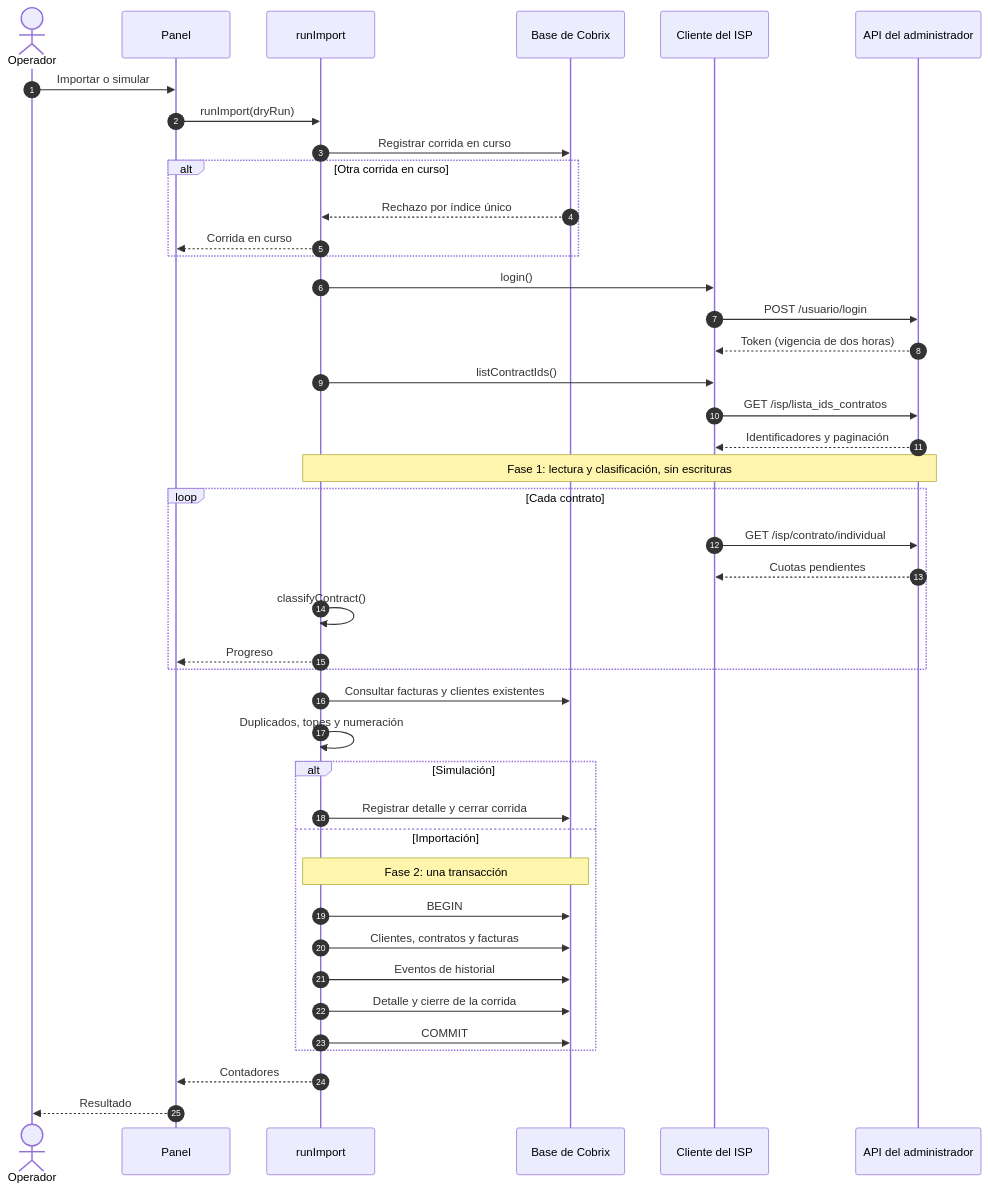
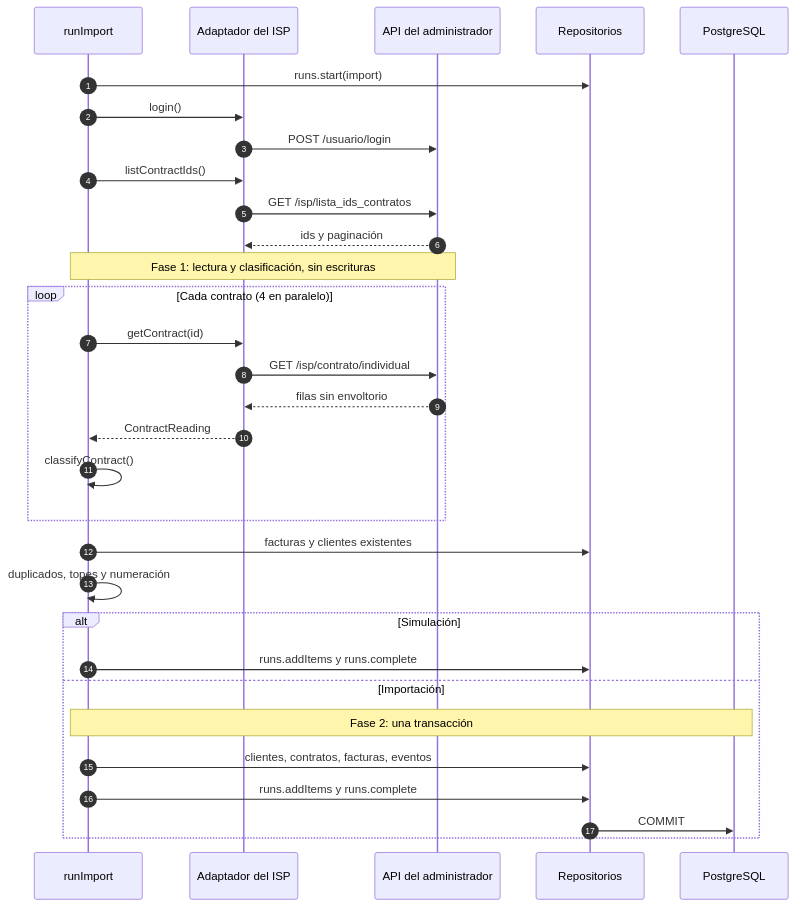
The ninth of 15 diagrams in docs/DISENO.md (robydaniel45san/Cobrix-Api-Prueba-Tecnica-Duran-Roby), drawn with Mermaid before and after one commit. The commit also changed other lines of this file and 1 other file, not shown here.

First line of the commit message:
Documentación en primera persona: arquitectura en capas, contratos de API y registro

````diff
--- a/docs/DISENO.md
+++ b/docs/DISENO.md
@@ -472,45 +641,34 @@
 ```mermaid
 sequenceDiagram
     autonumber
-    actor OP as Operador
-    participant PANEL as Panel
-    participant SYNC as runImport
-    participant DB as Base de Cobrix
-    participant CLI as Cliente del ISP
+    participant UC as runImport
+    participant GW as Adaptador del ISP
     participant ISP as API del administrador
+    participant ST as Repositorios
+    participant DB as PostgreSQL
 
-    OP->>PANEL: Importar o simular
-    PANEL->>SYNC: runImport(dryRun)
-    SYNC->>DB: Registrar corrida en curso
-    alt Otra corrida en curso
-        DB-->>SYNC: Rechazo por índice único
-        SYNC-->>PANEL: Corrida en curso
+    UC->>ST: runs.start(import)
+    UC->>GW: login()
+    GW->>ISP: POST /usuario/login
+    UC->>GW: listContractIds()
+    GW->>ISP: GET /isp/lista_ids_contratos
+    ISP-->>GW: ids y paginación
+    Note over UC,ISP: Fase 1: lectura y clasificación, sin escrituras
+    loop Cada contrato (4 en paralelo)
+        UC->>GW: getContract(id)
+        GW->>ISP: GET /isp/contrato/individual
+        ISP-->>GW: filas sin envoltorio
+        GW-->>UC: ContractReading
+        UC->>UC: classifyContract()
     end
-    SYNC->>CLI: login()
-    CLI->>ISP: POST /usuario/login
-    ISP-->>CLI: Token (vigencia de dos horas)
-    SYNC->>CLI: listContractIds()
-    CLI->>ISP: GET /isp/lista_ids_contratos
-    ISP-->>CLI: Identificadores y paginación
-    Note over SYNC,ISP: Fase 1: lectura y clasificación, sin escrituras
-    loop Cada contrato
-        CLI->>ISP: GET /isp/contrato/individual
-        ISP-->>CLI: Cuotas pendientes
-        SYNC->>SYNC: classifyContract()
-        SYNC-->>PANEL: Progreso
+    UC->>ST: facturas y clientes existentes
+    UC->>UC: duplicados, topes y numeración
+    alt Simulación
+        UC->>ST: runs.addItems y runs.complete
+    else Importación
+        Note over UC,DB: Fase 2: una transacción
+        UC->>ST: clientes, contratos, facturas, eventos
+        UC->>ST: runs.addItems y runs.complete
+        ST->>DB: COMMIT
     end
-    SYNC->>DB: Consultar facturas y clientes existentes
-    SYNC->>SYNC: Duplicados, topes y numeración
-    alt Simulación
-        SYNC->>DB: Registrar detalle y cerrar corrida
-    else Importación
-        Note over SYNC,DB: Fase 2: una transacción
-        SYNC->>DB: BEGIN
-        SYNC->>DB: Clientes, contratos y facturas
-        SYNC->>DB: Eventos de historial
-        SYNC->>DB: Detalle y cierre de la corrida
-        SYNC->>DB: COMMIT
-    end
-    SYNC-->>PANEL: Contadores
-    PANEL-->>OP: Resultado
 ```
````
